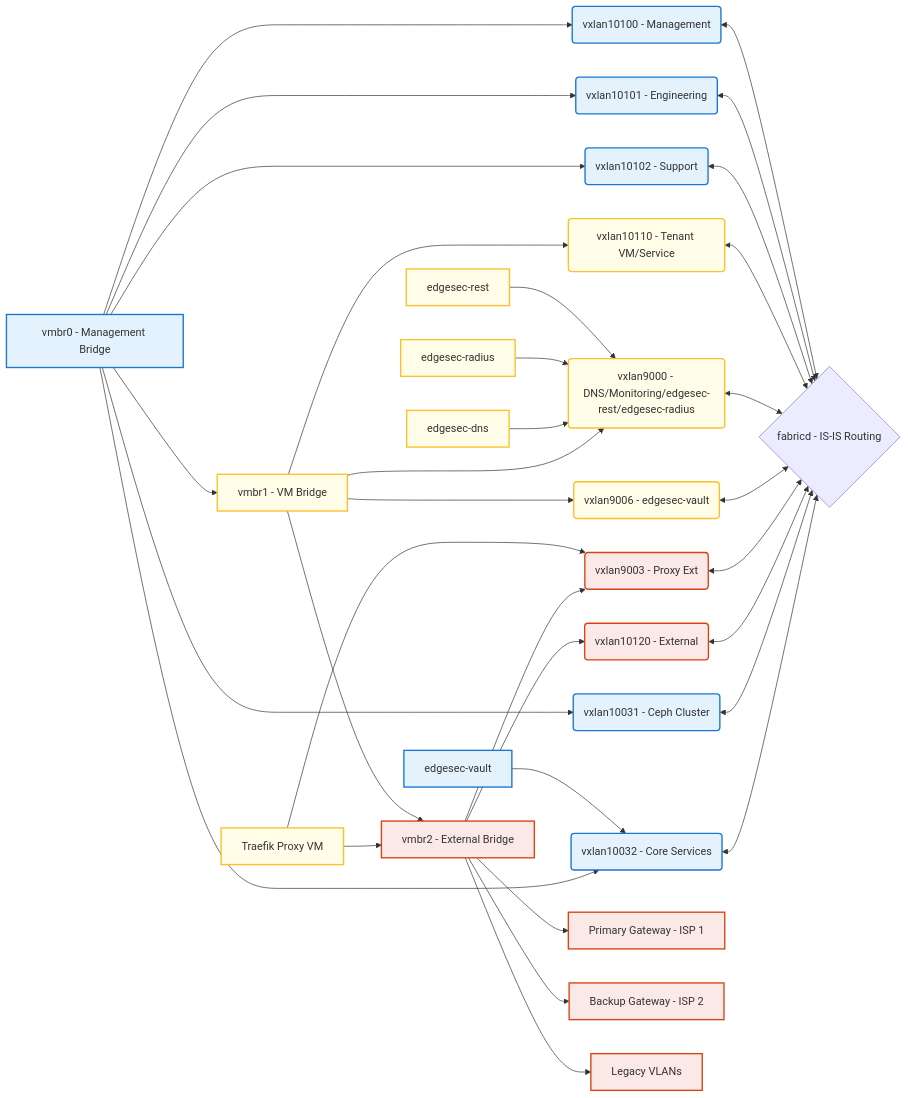
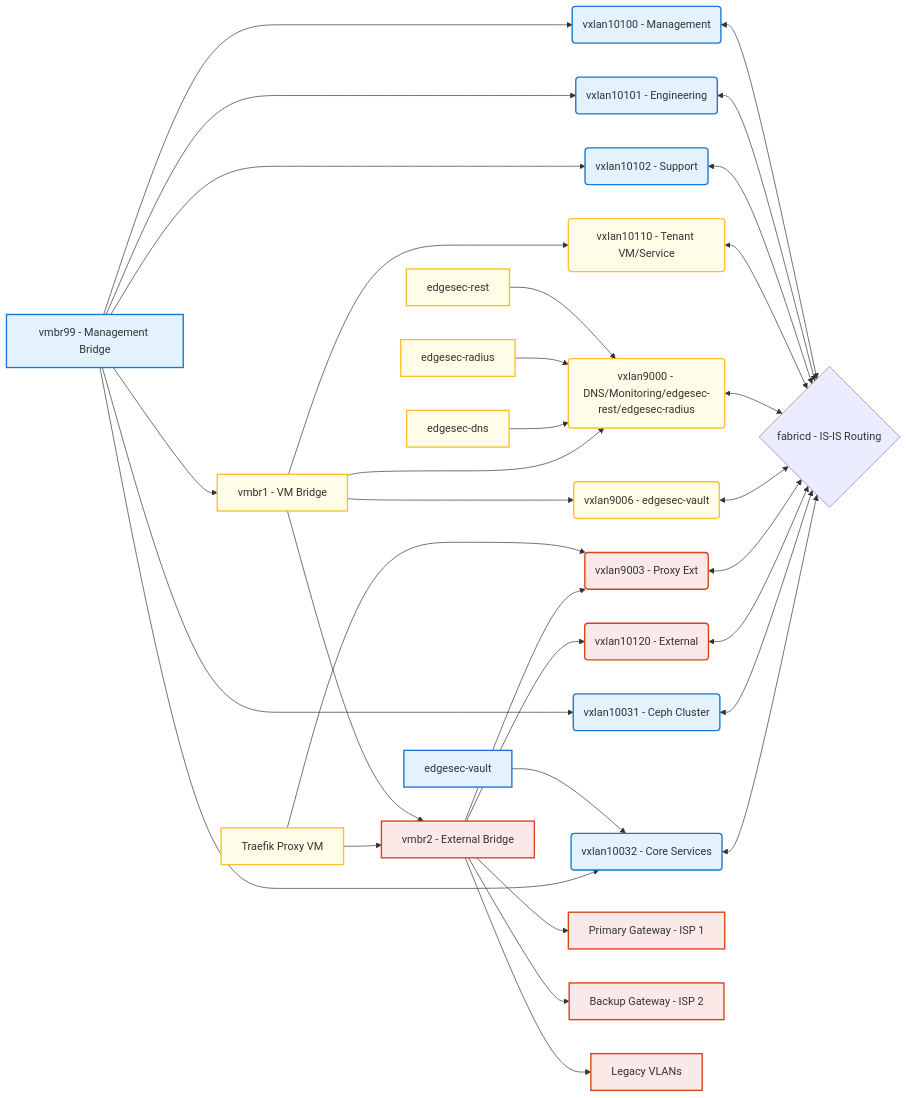
The diagram in blob/mmd/edgesec-single-tenant-bridges.mmd (CEP-Comwell/proxmox_addons), drawn with Mermaid before and after one commit. The commit also changed 25 other files, not shown here.

```diff
--- a/blob/mmd/edgesec-single-tenant-bridges.mmd
+++ b/blob/mmd/edgesec-single-tenant-bridges.mmd
@@ -4,7 +4,7 @@
 graph LR
 
   %% Bridges (ordered left to right)
-  MgmtBridge[vmbr0 - Management Bridge]
+  MgmtBridge[vmbr99 - Management Bridge]
   VMBridge[vmbr1 - VM Bridge]
   ExtBridge[vmbr2 - External Bridge]
 
```
